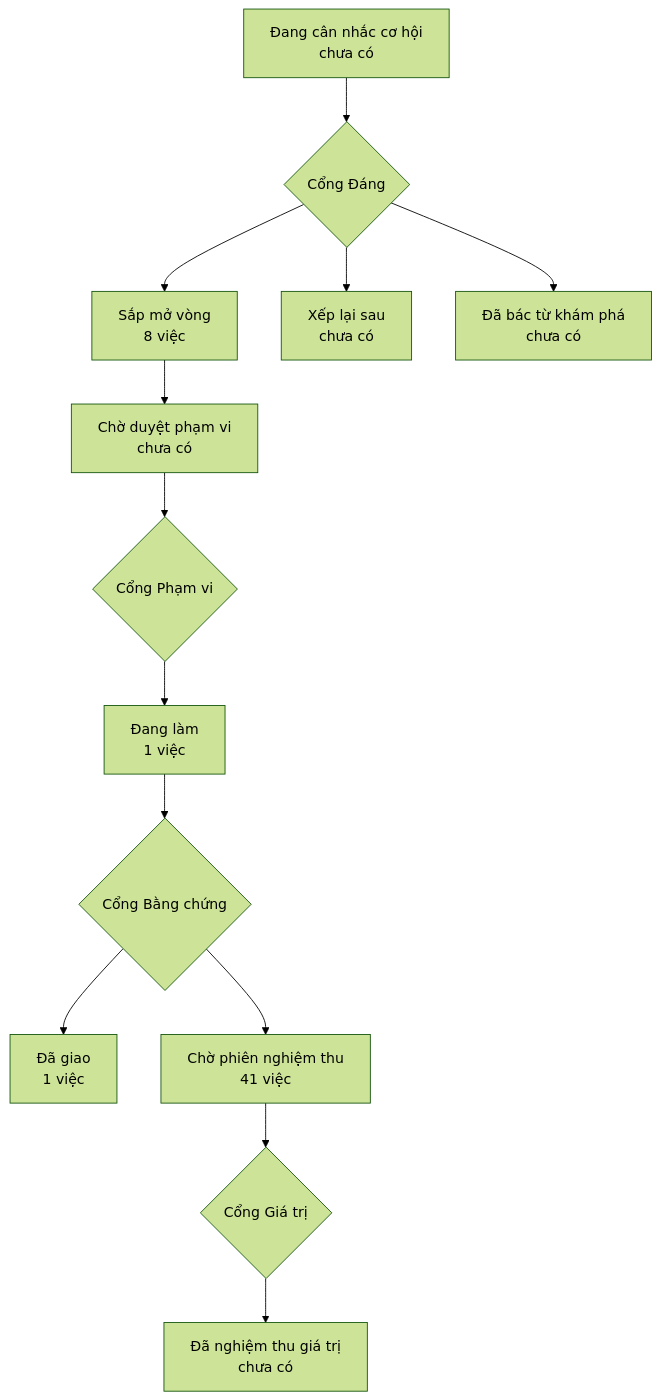
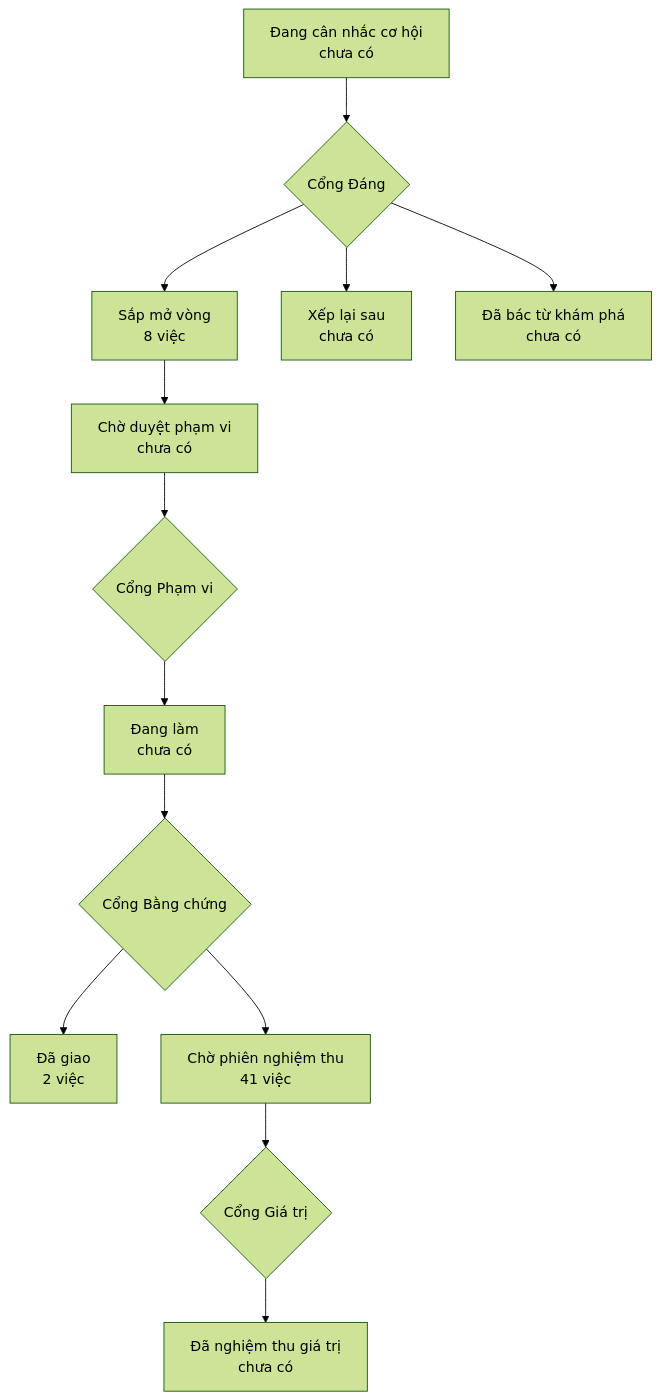
One commit to phanlemanh/onehub-inventory changed the diagram in PRODUCT-MAP.md. Above: the diagram before and after it, drawn with Mermaid (forest theme). The commit also changed other lines of this file and 4 other files, not shown here.

````diff
--- a/PRODUCT-MAP.md
+++ b/PRODUCT-MAP.md
@@ -7,12 +7,12 @@
 ```mermaid
 flowchart TD
   A["Đang cân nhắc cơ hội<br/>chưa có"] --> GD{"Cổng Đáng"}
   GD --> B["Sắp mở vòng<br/>8 việc"]
   GD --> XL["Xếp lại sau<br/>chưa có"]
   GD --> DB["Đã bác từ khám phá<br/>chưa có"]
   B --> CD["Chờ duyệt phạm vi<br/>chưa có"] --> GP{"Cổng Phạm vi"}
-  GP --> DL["Đang làm<br/>1 việc"] --> GB{"Cổng Bằng chứng"}
-  GB --> DG["Đã giao<br/>1 việc"]
+  GP --> DL["Đang làm<br/>chưa có"] --> GB{"Cổng Bằng chứng"}
+  GB --> DG["Đã giao<br/>2 việc"]
   GB --> CN["Chờ phiên nghiệm thu<br/>41 việc"] --> GG{"Cổng Giá trị"}
   GG --> NT["Đã nghiệm thu giá trị<br/>chưa có"]
 ```
````
